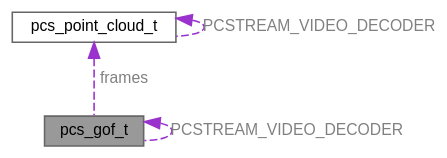
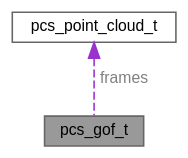
One commit to QuangNguyenLong/pcstream changed the diagram in structpcs__gof__t__coll__graph.dot. Above: the diagram before and after it, drawn with Graphviz. The commit also changed 100 other files, not shown here.

```diff
--- a/structpcs__gof__t__coll__graph.dot
+++ b/structpcs__gof__t__coll__graph.dot
@@ -1,12 +1,10 @@
 digraph "pcs_gof_t"
 {
  // LATEX_PDF_SIZE
   bgcolor="transparent";
   edge [fontname=Helvetica,fontsize=10,labelfontname=Helvetica,labelfontsize=10];
   node [fontname=Helvetica,fontsize=10,shape=box,height=0.2,width=0.4];
   Node1 [id="Node000001",label="pcs_gof_t",height=0.2,width=0.4,color="gray40", fillcolor="grey60", style="filled", fontcolor="black",tooltip="Structure represents a group of frames."];
   Node2 -> Node1 [id="edge1_Node000001_Node000002",dir="back",color="darkorchid3",style="dashed",tooltip=" ",label=" frames",fontcolor="grey" ];
   Node2 [id="Node000002",label="pcs_point_cloud_t",height=0.2,width=0.4,color="gray40", fillcolor="white", style="filled",URL="$structpcs__point__cloud__t.html",tooltip=" "];
-  Node2 -> Node2 [id="edge2_Node000002_Node000002",dir="back",color="darkorchid3",style="dashed",tooltip=" ",label=" PCSTREAM_VIDEO_DECODER",fontcolor="grey" ];
-  Node1 -> Node1 [id="edge3_Node000001_Node000001",dir="back",color="darkorchid3",style="dashed",tooltip=" ",label=" PCSTREAM_VIDEO_DECODER",fontcolor="grey" ];
 }
```
